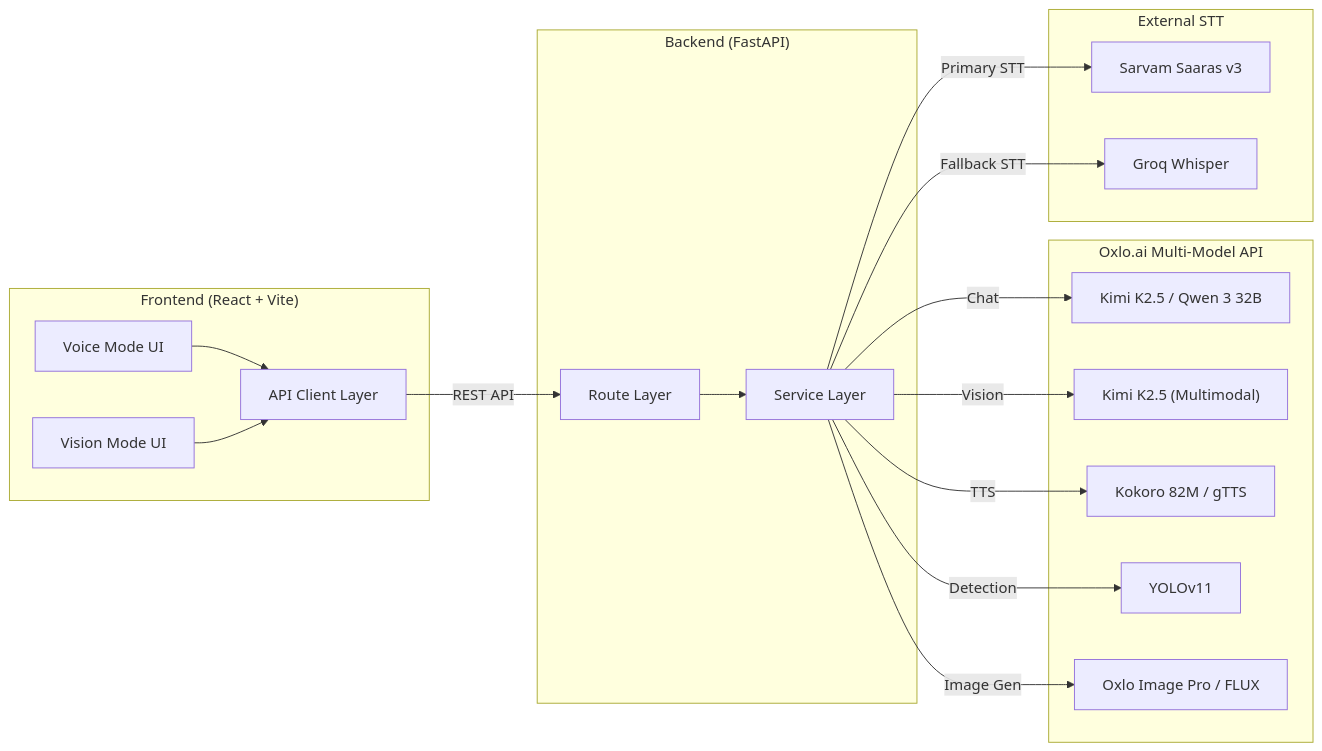
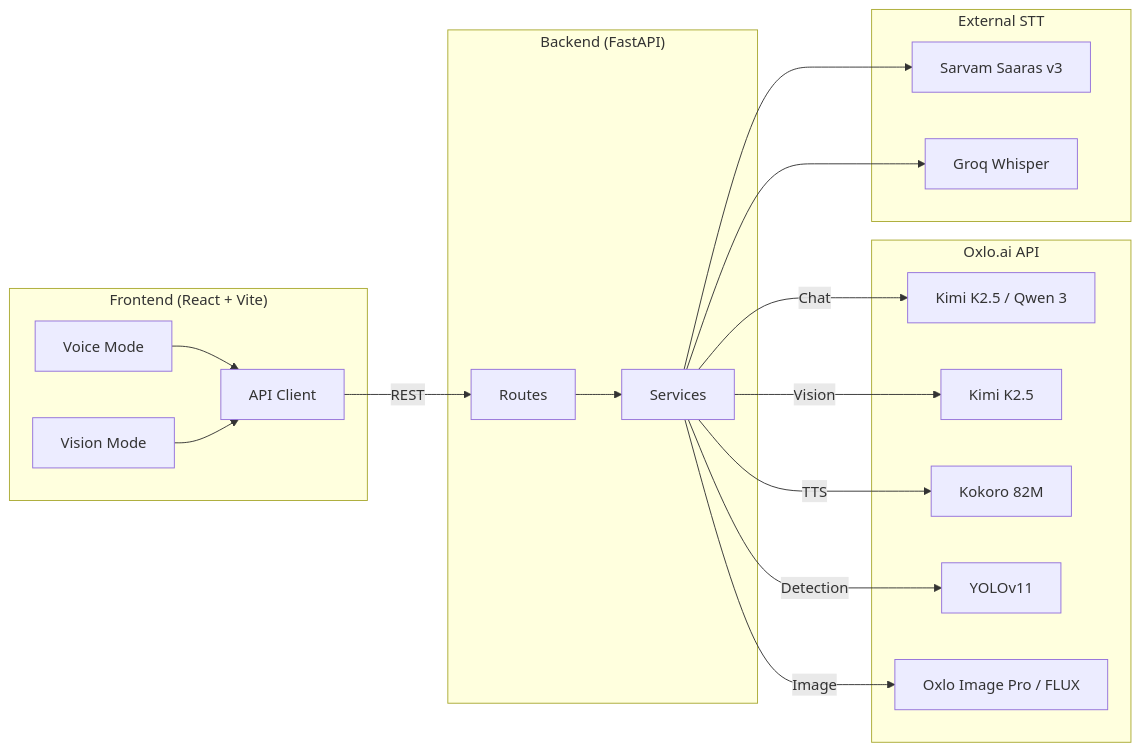
The diagram in README.md (pavithra-hn/-Oxlo-VoxVision.ai), drawn with Mermaid before and after one commit. The commit also changed other lines of this file and 1 other file, not shown here.

````diff
--- a/README.md
+++ b/README.md
@@ -31,25 +63,25 @@
 ```mermaid
 flowchart LR
     subgraph Frontend["Frontend (React + Vite)"]
-        A["Voice Mode UI"] --> B["API Client Layer"]
-        C["Vision Mode UI"] --> B
+        A["Voice Mode"] --> B["API Client"]
+        C["Vision Mode"] --> B
     end
 
     subgraph Backend["Backend (FastAPI)"]
-        B -->|"REST API"| D["Route Layer"]
-        D --> E["Service Layer"]
+        B -->|"REST"| D["Routes"]
+        D --> E["Services"]
     end
 
-    subgraph Models["Oxlo.ai Multi-Model API"]
-        E -->|"Chat"| F["Kimi K2.5 / Qwen 3 32B"]
-        E -->|"Vision"| G["Kimi K2.5 (Multimodal)"]
-        E -->|"TTS"| H["Kokoro 82M / gTTS"]
+    subgraph Models["Oxlo.ai API"]
+        E -->|"Chat"| F["Kimi K2.5 / Qwen 3"]
+        E -->|"Vision"| G["Kimi K2.5"]
+        E -->|"TTS"| H["Kokoro 82M"]
         E -->|"Detection"| I["YOLOv11"]
-        E -->|"Image Gen"| J["Oxlo Image Pro / FLUX"]
+        E -->|"Image"| J["Oxlo Image Pro / FLUX"]
     end
 
-    subgraph ExternalSTT["External STT"]
-        E -->|"Primary STT"| K["Sarvam Saaras v3"]
-        E -->|"Fallback STT"| L["Groq Whisper"]
+    subgraph STT["External STT"]
+        E --> K["Sarvam Saaras v3"]
+        E --> L["Groq Whisper"]
     end
 ```
````
